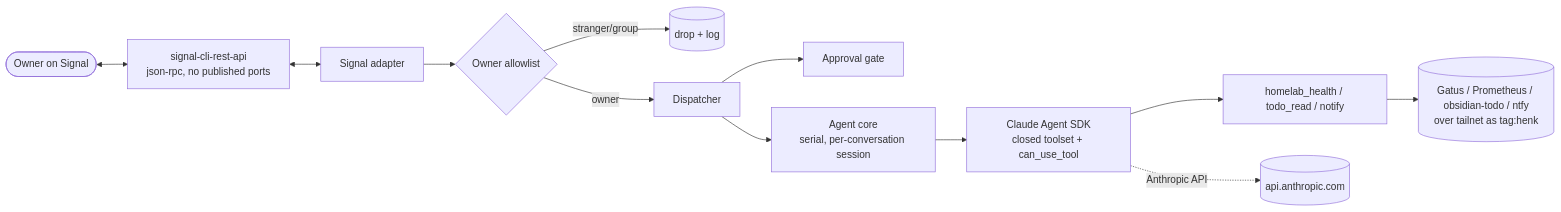
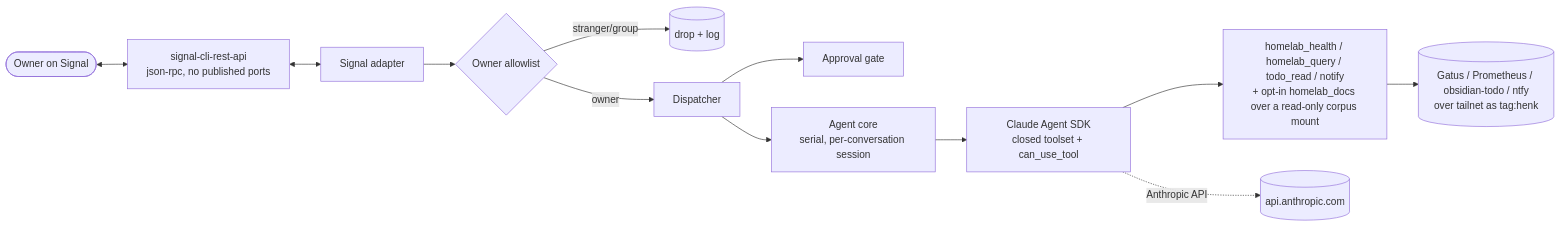
One commit to enhulsman/henk changed the first of 2 diagrams in README.md. Above: the diagram before and after it, drawn with Mermaid. The commit also changed other lines of this file, not shown here.

Commit message:
docs(readme): document homelab_query and the opt-in docs corpus

````diff
--- a/README.md
+++ b/README.md
@@ -73,14 +73,14 @@
 ```mermaid
 flowchart LR
   owner([Owner on Signal]) <--> bridge[signal-cli-rest-api\njson-rpc, no published ports]
   bridge <--> adapter[Signal adapter]
   adapter --> allow{Owner allowlist}
   allow -- stranger/group --> drop[(drop + log)]
   allow -- owner --> disp[Dispatcher]
   disp --> gate[Approval gate]
   disp --> core[Agent core\nserial, per-conversation session]
   core --> sdk[Claude Agent SDK\nclosed toolset + can_use_tool]
-  sdk --> tools[homelab_health / todo_read / notify]
+  sdk --> tools[homelab_health / homelab_query / todo_read / notify\n+ opt-in homelab_docs over a read-only corpus mount]
   tools --> homelab[(Gatus / Prometheus / obsidian-todo / ntfy\nover tailnet as tag:henk)]
   sdk -. Anthropic API .-> anthropic[(api.anthropic.com)]
 ```
````
